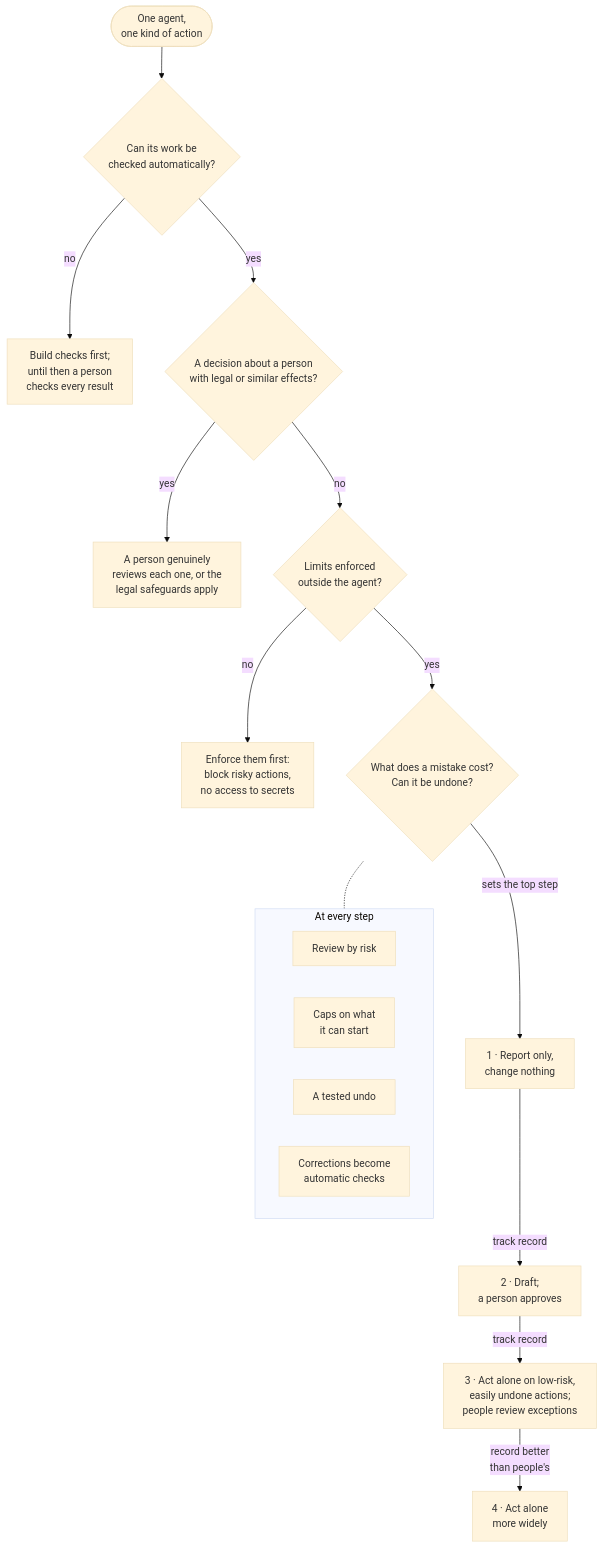
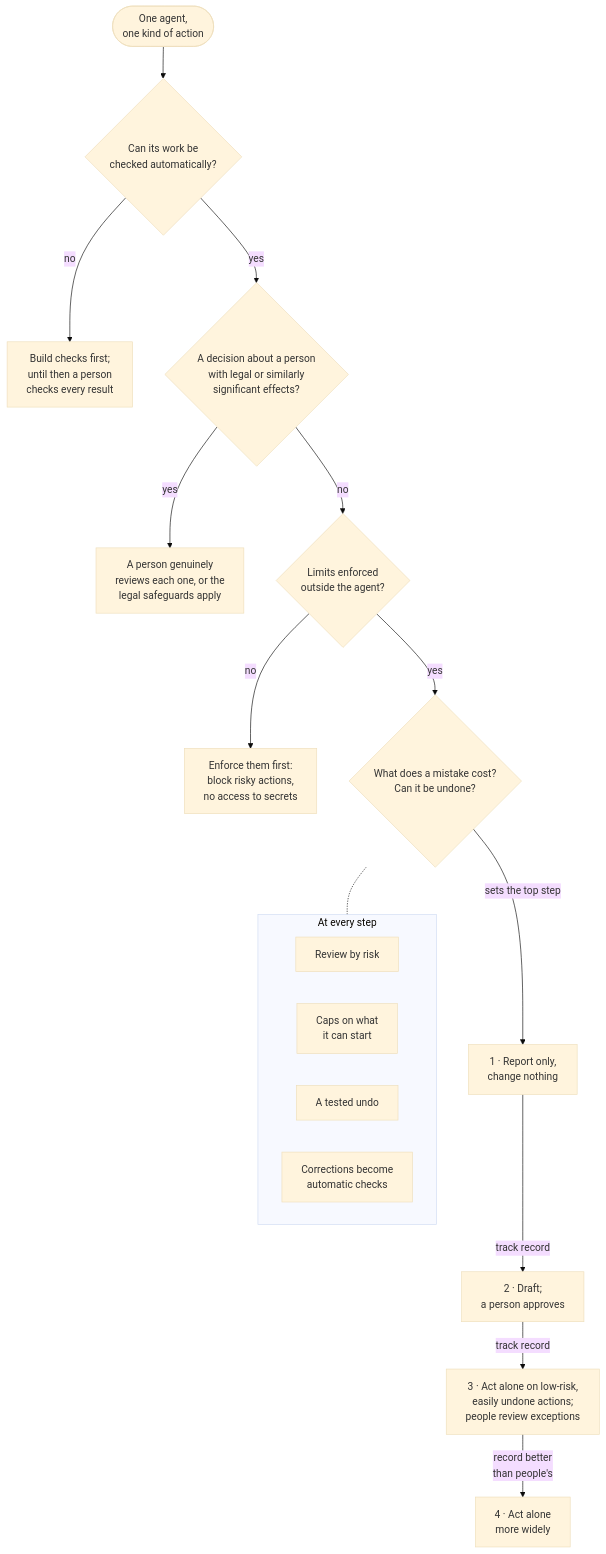
Before and after one commit to AnilKerai/applied-ai-handbook: the diagram in 2-decide/how-much-autonomy-for-an-agent.md, drawn with Mermaid (base theme). The commit also changed other lines of this file and 5 other files, not shown here.

````diff
--- a/2-decide/how-much-autonomy-for-an-agent.md
+++ b/2-decide/how-much-autonomy-for-an-agent.md
@@ -36,21 +36,21 @@
 ```mermaid
 flowchart TD
     S(["One agent,<br/>one kind of action"]) --> G1{"Can its work be<br/>checked automatically?"}
     G1 -- no --> F1["Build checks first;<br/>until then a person<br/>checks every result"]
-    G1 -- yes --> G2{"A decision about a person<br/>with legal or similar effects?"}
+    G1 -- yes --> G2{"A decision about a person<br/>with legal or similarly<br/>significant effects?"}
     G2 -- yes --> F2["A person genuinely<br/>reviews each one, or the<br/>legal safeguards apply"]
     G2 -- no --> G3{"Limits enforced<br/>outside the agent?"}
     G3 -- no --> F3["Enforce them first:<br/>block risky actions,<br/>no access to secrets"]
     G3 -- yes --> G4{"What does a mistake cost?<br/>Can it be undone?"}
     G4 -- "sets the top step" --> L1["1 · Report only,<br/>change nothing"]
     L1 -- "track record" --> L2["2 · Draft;<br/>a person approves"]
     L2 -- "track record" --> L3["3 · Act alone on low-risk,<br/>easily undone actions;<br/>people review exceptions"]
     L3 -- "record better<br/>than people's" --> L4["4 · Act alone<br/>more widely"]
     G4 -.- ALWAYS
     subgraph ALWAYS["At every step"]
         A1["Review by risk"]
         A2["Caps on what<br/>it can start"]
         A3["A tested undo"]
         A4["Corrections become<br/>automatic checks"]
     end
 ```
````
